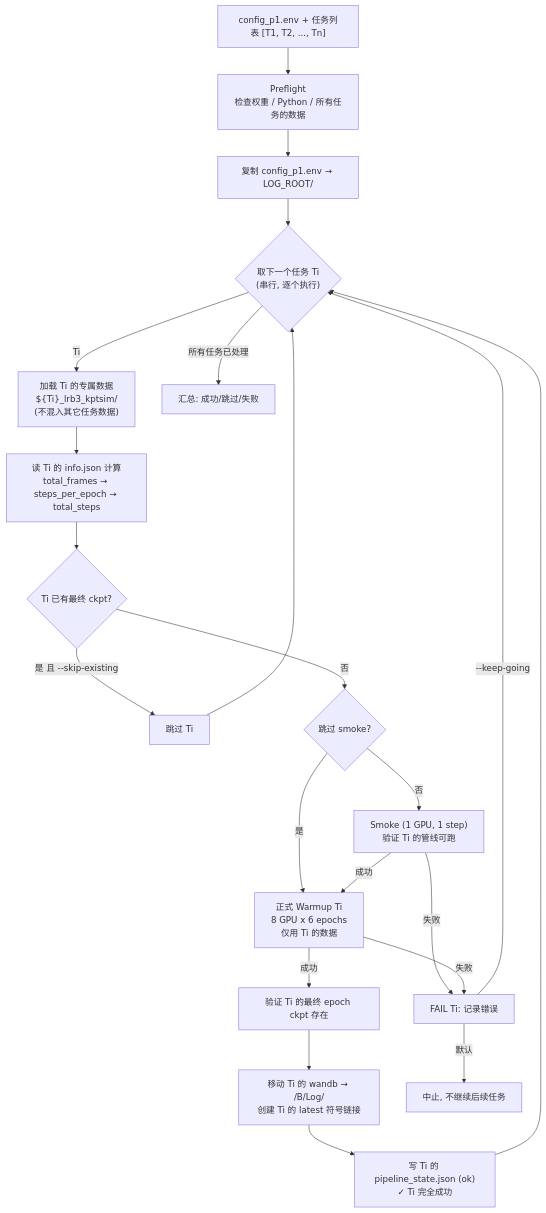
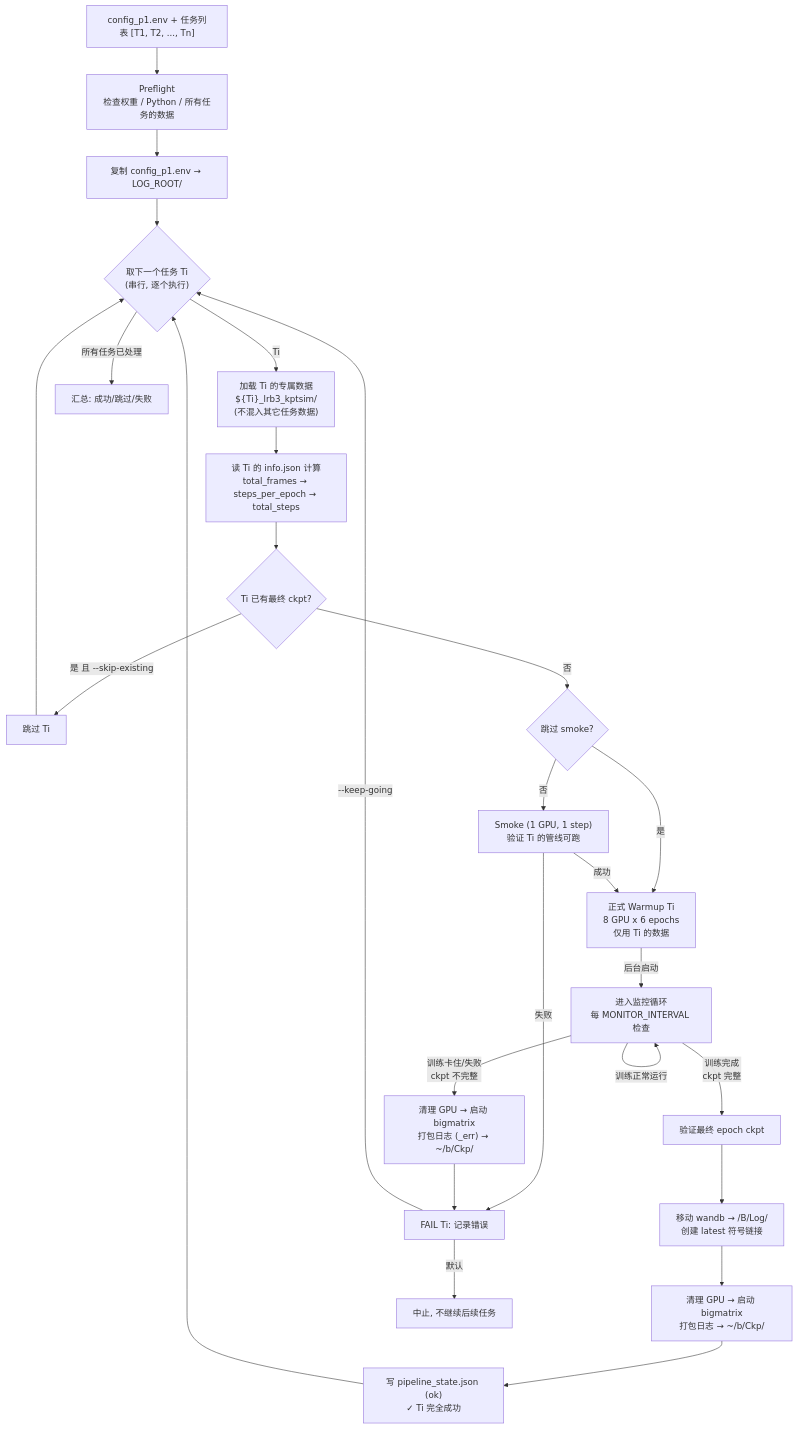
Before and after one commit to lgautel/InternVLA-A-series: the third of 6 diagrams in b/d/rbt/run_ech_rbt_p1.md, drawn with Mermaid. The commit also changed other lines of this file and 4 other files, not shown here.

````diff
--- a/b/d/rbt/run_ech_rbt_p1.md
+++ b/b/d/rbt/run_ech_rbt_p1.md
@@ -573,24 +592,28 @@
 ```mermaid
 flowchart TD
     cfg["config_p1.env + 任务列表 [T1, T2, ..., Tn]"] --> pre["Preflight<br/>检查权重 / Python / 所有任务的数据"]
     pre --> snap["复制 config_p1.env → LOG_ROOT/"]
     snap --> loop{"取下一个任务 Ti<br/>(串行, 逐个执行)"}
     loop -->|"Ti"| data["加载 Ti 的专属数据<br/>${Ti}_lrb3_kptsim/<br/>(不混入其它任务数据)"]
     data --> calc["读 Ti 的 info.json 计算<br/>total_frames → steps_per_epoch → total_steps"]
     calc --> chk{"Ti 已有最终 ckpt?"}
     chk -->|"是 且 --skip-existing"| skip["跳过 Ti"]
     skip --> loop
     chk -->|否| smoke{"跳过 smoke?"}
     smoke -->|否| s1["Smoke (1 GPU, 1 step)<br/>验证 Ti 的管线可跑"]
     smoke -->|是| s2
     s1 -->|成功| s2["正式 Warmup Ti<br/>8 GPU x 6 epochs<br/>仅用 Ti 的数据"]
     s1 -->|失败| fail["FAIL Ti: 记录错误"]
-    s2 -->|成功| verify["验证 Ti 的最终 epoch ckpt 存在"]
-    s2 -->|失败| fail
-    verify --> mv["移动 Ti 的 wandb → /B/Log/<br/>创建 Ti 的 latest 符号链接"]
-    mv --> state["写 Ti 的 pipeline_state.json (ok)<br/>✓ Ti 完全成功"]
+    s2 -->|"后台启动"| monitor["进入监控循环<br/>每 MONITOR_INTERVAL 检查"]
+    monitor -->|"训练正常运行"| monitor
+    monitor -->|"训练完成<br/>ckpt 完整"| verify["验证最终 epoch ckpt"]
+    monitor -->|"训练卡住/失败<br/>ckpt 不完整"| post_err["清理 GPU → 启动 bigmatrix<br/>打包日志 (_err) → ~/b/Ckp/"]
+    post_err --> fail
+    verify --> mv["移动 wandb → /B/Log/<br/>创建 latest 符号链接"]
+    mv --> post_ok["清理 GPU → 启动 bigmatrix<br/>打包日志 → ~/b/Ckp/"]
+    post_ok --> state["写 pipeline_state.json (ok)<br/>✓ Ti 完全成功"]
     state --> loop
     fail -->|"--keep-going"| loop
     fail -->|默认| abort["中止, 不继续后续任务"]
     loop -->|"所有任务已处理"| summary["汇总: 成功/跳过/失败"]
 ```
````
